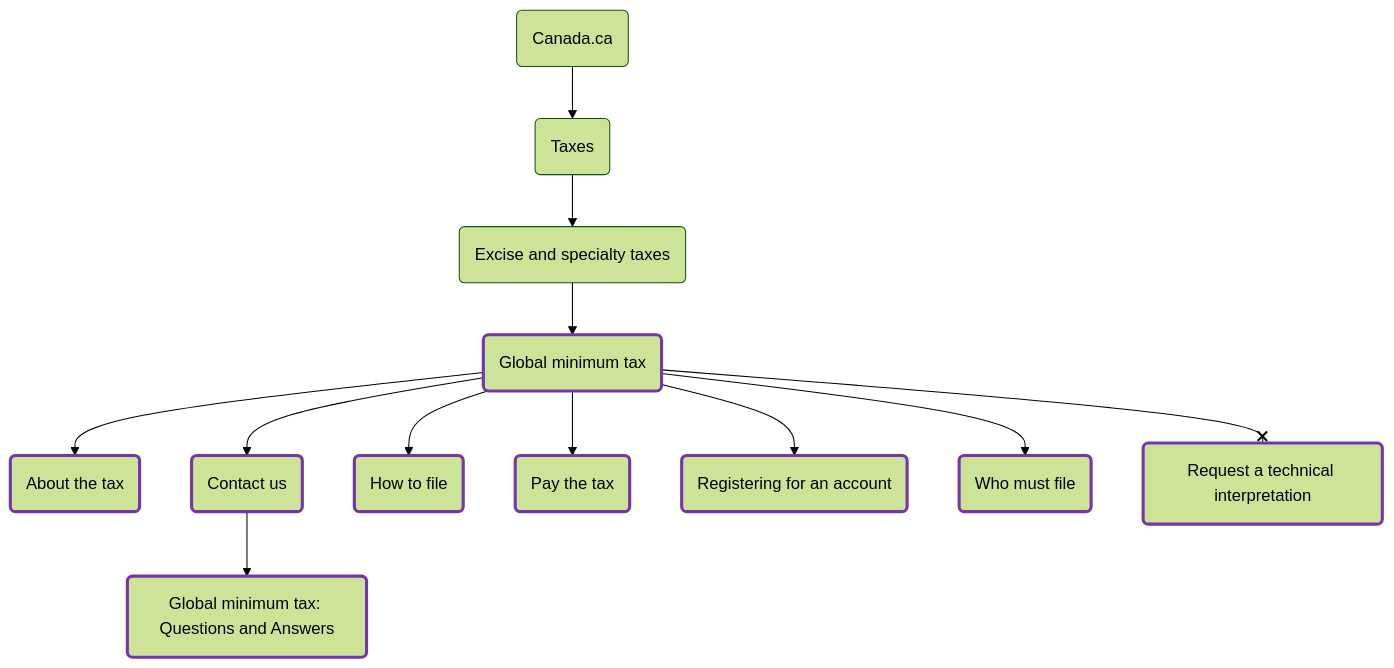
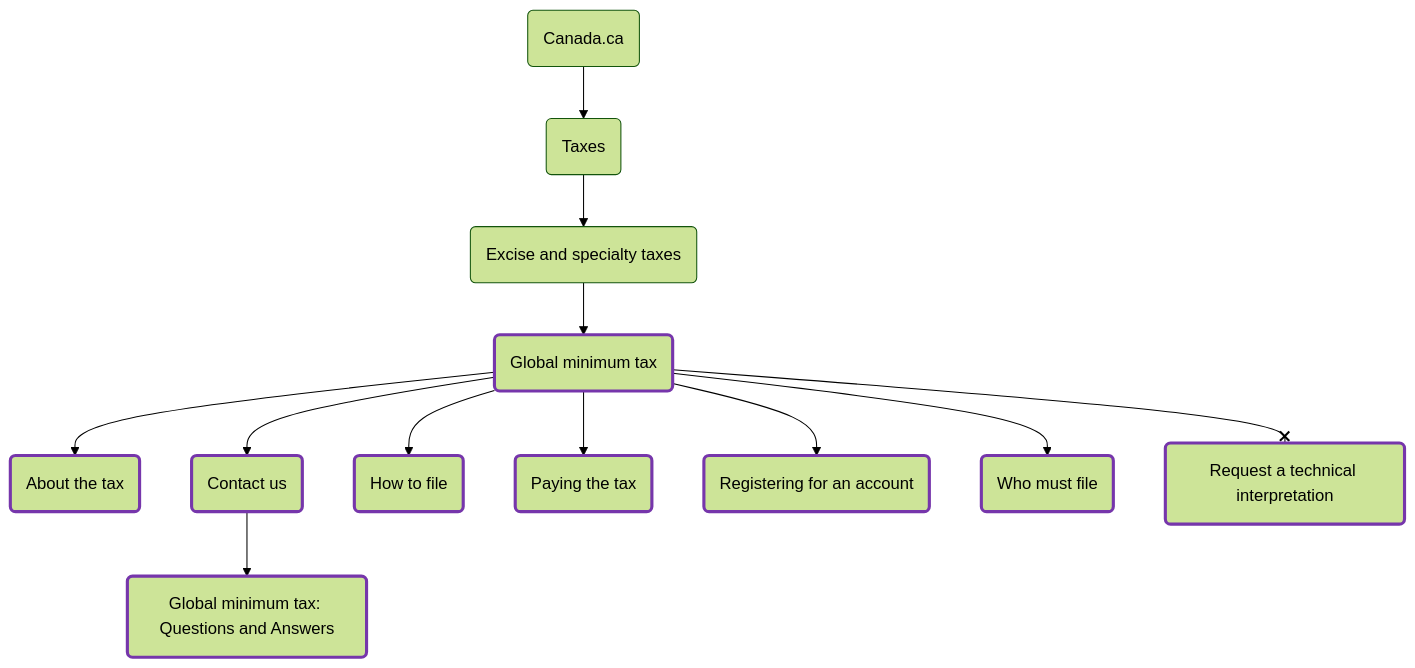
The diagram in README.md (cra-proto/gmt-updates-2026), drawn with Mermaid (forest theme) before and after one commit. The commit also changed 9 other files, not shown here.

````diff
--- a/README.md
+++ b/README.md
@@ -32,40 +32,40 @@
 ```mermaid
 flowchart TD;
     node1(Canada.ca)
     node2(Taxes)
     node3(Excise and specialty taxes)
     node4(Global minimum tax)
     node5(About the tax)
     node6(Contact us)
     node7(Global minimum tax: Questions and Answers)
     node8(How to file)
-    node9(Pay the tax)
+    node9(Paying the tax)
     node10(Registering for an account)
     node11(Who must file)
     node12(Request a technical interpretation)
     node1 --> node2
     node2 --> node3
     node3 --> node4
     node4 --> node5
     node4 --> node6
     node6 --> node7
     node4 --> node8
     node4 --> node9
     node4 --> node10
     node4 --> node11
     node4 --x node12
     click node1 "https://www.canada.ca/en.html" _blank
     click node2 "https://www.canada.ca/en/services/taxes.html" _blank
     click node3 "https://www.canada.ca/en/services/taxes/excise-taxes-duties-and-levies.html" _blank
     click node4 "https://www.canada.ca/en/services/taxes/excise-taxes-duties-and-levies/global-minimum-tax.html" _blank
     click node5 "https://www.canada.ca/en/services/taxes/excise-taxes-duties-and-levies/global-minimum-tax/about.html" _blank
     click node6 "https://www.canada.ca/en/services/taxes/excise-taxes-duties-and-levies/global-minimum-tax/contact.html" _blank
     click node7 "https://www.canada.ca/en/services/taxes/excise-taxes-duties-and-levies/global-minimum-tax/contact/global-minimum-tax-faq.html" _blank
     click node8 "https://www.canada.ca/en/services/taxes/excise-taxes-duties-and-levies/global-minimum-tax/file-returns.html" _blank
     click node9 "https://www.canada.ca/en/services/taxes/excise-taxes-duties-and-levies/global-minimum-tax/pay-the-tax.html" _blank
     click node10 "https://www.canada.ca/en/services/taxes/excise-taxes-duties-and-levies/global-minimum-tax/register-account.html" _blank
     click node11 "https://www.canada.ca/en/services/taxes/excise-taxes-duties-and-levies/global-minimum-tax/who-must-file.html" _blank
     click node12 "https://www.canada.ca/en/services/taxes/excise-taxes-duties-and-levies/global-minimum-tax/request-technical-interpretation.html" _blank
     classDef inscope stroke:#7636ab,stroke-width:3px
     class node4,node5,node6,node7,node8,node9,node10,node11,node12 inscope
 ```
````
